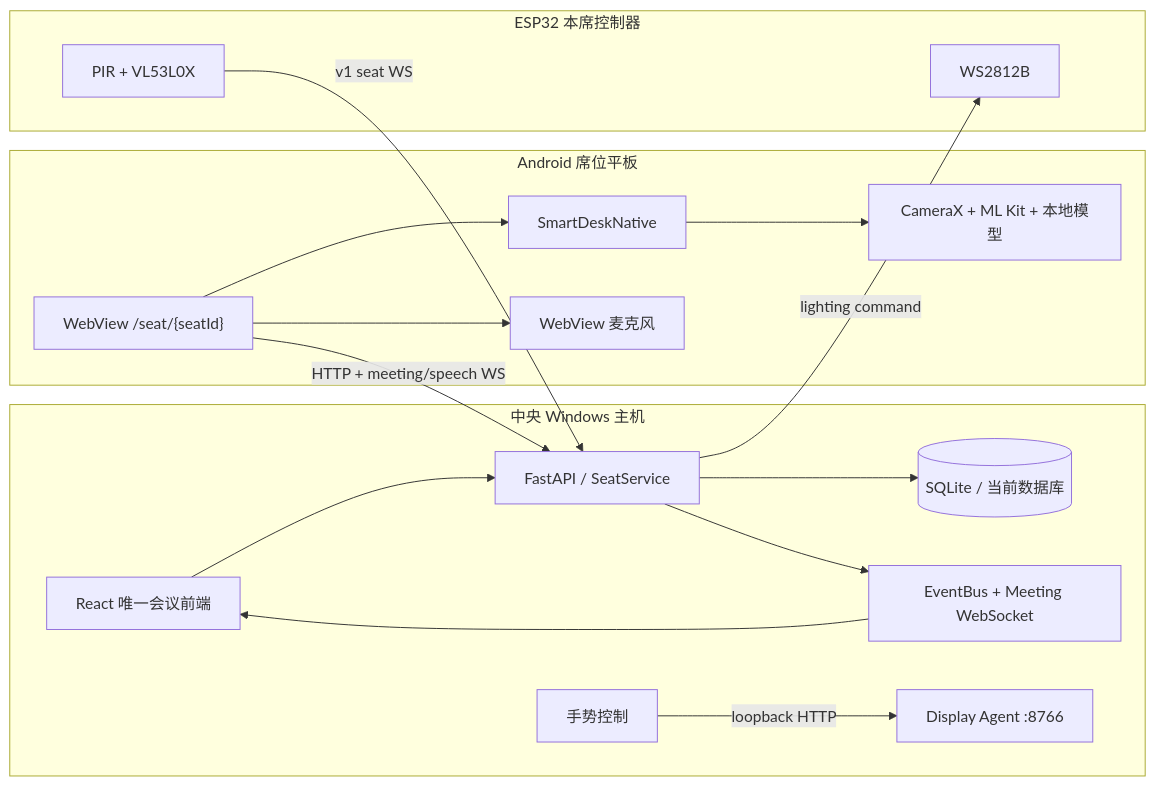
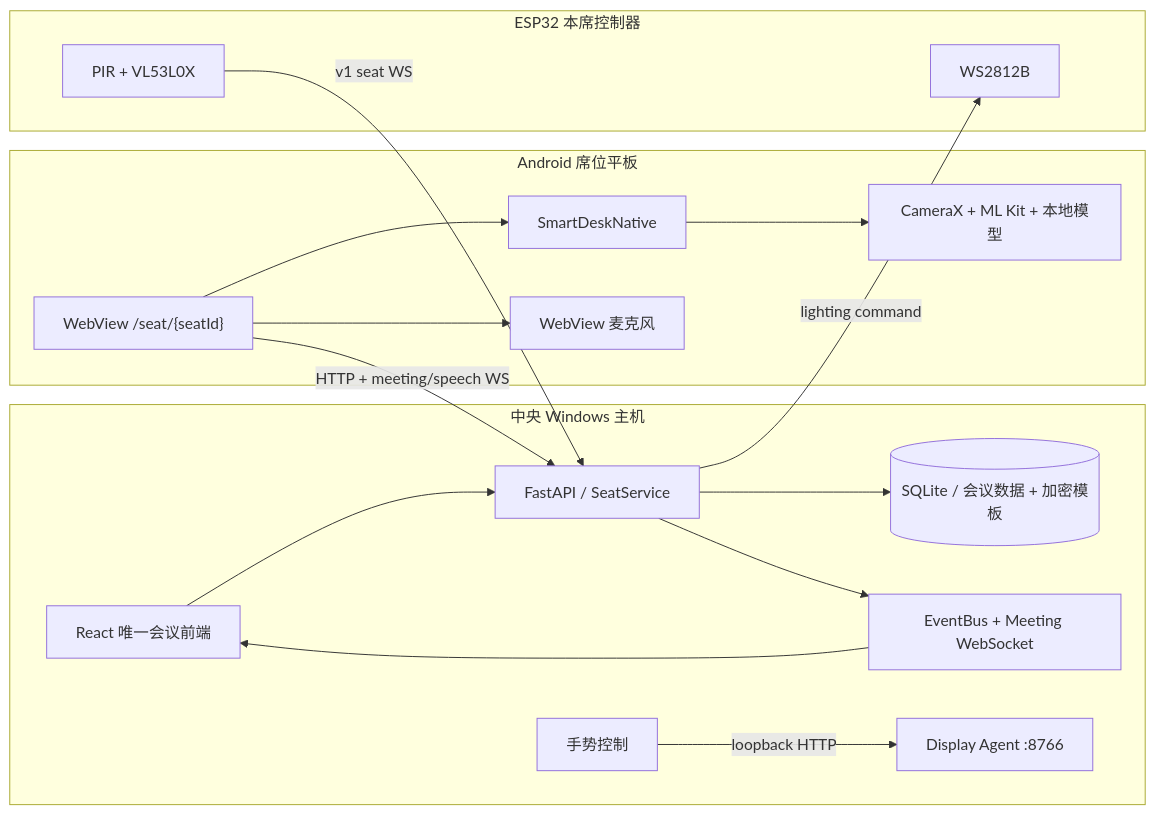
Before and after one commit to dzh-git/smart_desk: the diagram in docs/integration/ARCHITECTURE.md, drawn with Mermaid. The commit also changed other lines of this file and 80 other files, not shown here.

````diff
--- a/docs/integration/ARCHITECTURE.md
+++ b/docs/integration/ARCHITECTURE.md
@@ -20,35 +20,35 @@
 ```mermaid
 flowchart LR
     subgraph Host["中央 Windows 主机"]
         FE["React 唯一会议前端"]
         BE["FastAPI / SeatService"]
-        DB[("SQLite / 当前数据库")]
+        DB[("SQLite / 会议数据 + 加密模板")]
         BUS["EventBus + Meeting WebSocket"]
         DISPLAY["Display Agent :8766"]
         GESTURE["手势控制"]
     end
 
     subgraph Tablet["Android 席位平板"]
         WV["WebView /seat/{seatId}"]
         BRIDGE["SmartDeskNative"]
         FACE["CameraX + ML Kit + 本地模型"]
         MIC["WebView 麦克风"]
     end
 
     subgraph SeatHardware["ESP32 本席控制器"]
         SENSOR["PIR + VL53L0X"]
         LED["WS2812B"]
     end
 
     WV -->|"HTTP + meeting/speech WS"| BE
     FE --> BE
     BE --> DB
     BE --> BUS
     BUS --> FE
     WV --> BRIDGE
     BRIDGE --> FACE
     WV --> MIC
     SENSOR -->|"v1 seat WS"| BE
     BE -->|"lighting command"| LED
     GESTURE -->|"loopback HTTP"| DISPLAY
 ```
````
